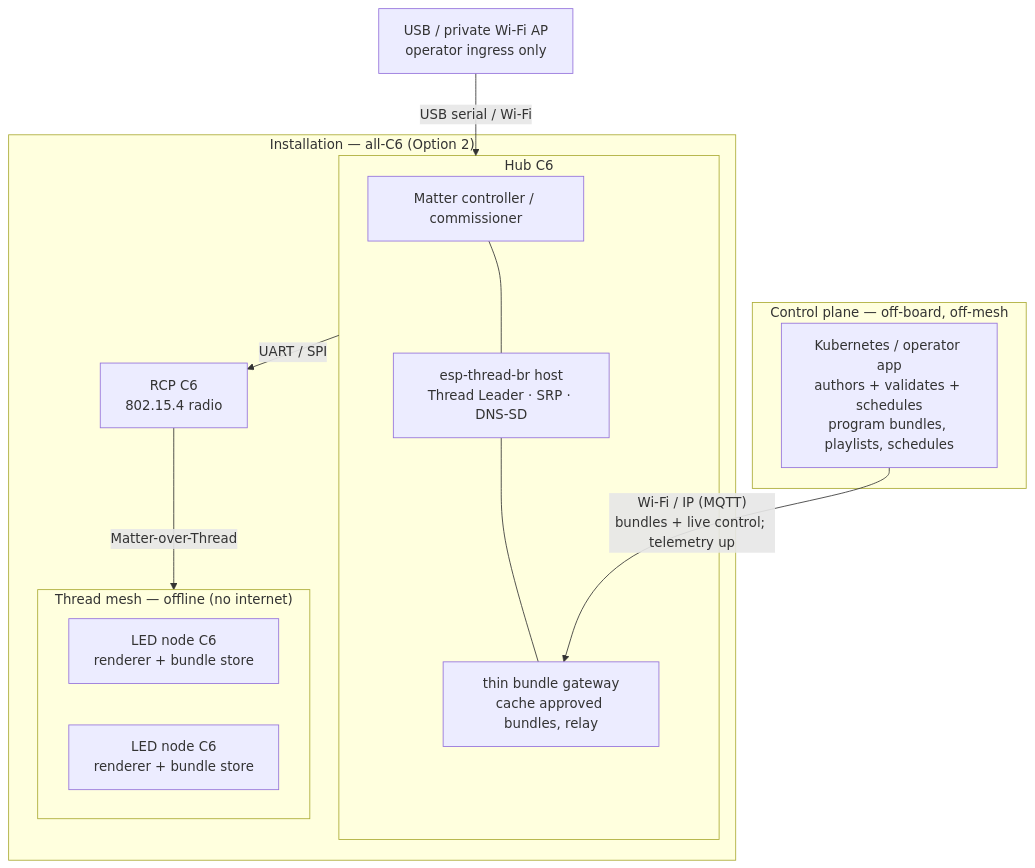
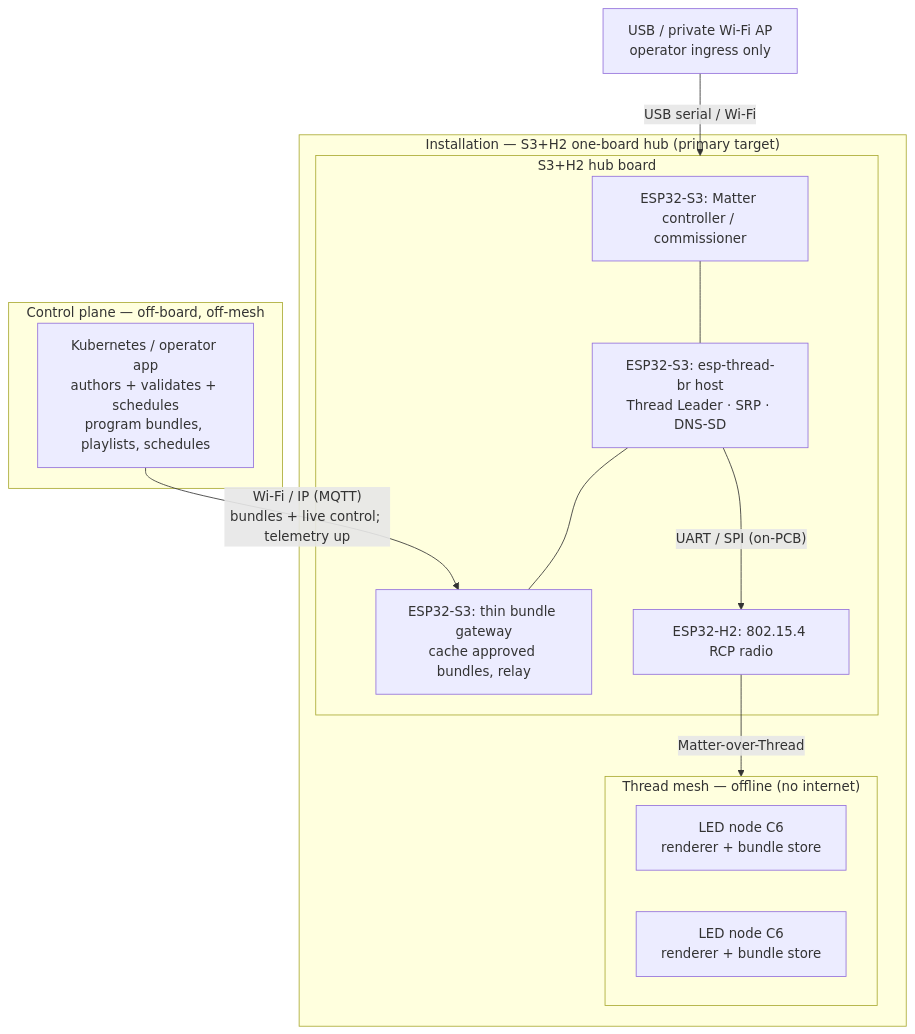
Before and after one commit to yaminsadik/led-orchestra: the diagram in docs/architecture.md, drawn with Mermaid. The commit also changed other lines of this file and 24 other files, not shown here.

````diff
--- a/docs/architecture.md
+++ b/docs/architecture.md
@@ -100,28 +105,28 @@
 ```mermaid
 flowchart TB
     subgraph cp["Control plane — off-board, off-mesh"]
         k8s["Kubernetes / operator app<br/>authors + validates + schedules<br/>program bundles, playlists, schedules"]
     end
 
-    subgraph site["Installation — all-C6 (Option 2)"]
-        subgraph hub["Hub C6"]
-            ctrl["Matter controller / commissioner"]
-            br["esp-thread-br host<br/>Thread Leader · SRP · DNS-SD"]
-            gw["thin bundle gateway<br/>cache approved bundles, relay"]
+    subgraph site["Installation — S3+H2 one-board hub (primary target)"]
+        subgraph hub["S3+H2 hub board"]
+            ctrl["ESP32-S3: Matter controller / commissioner"]
+            br["ESP32-S3: esp-thread-br host<br/>Thread Leader · SRP · DNS-SD"]
+            gw["ESP32-S3: thin bundle gateway<br/>cache approved bundles, relay"]
+            rcp["ESP32-H2: 802.15.4 RCP radio"]
         end
-        rcp["RCP C6<br/>802.15.4 radio"]
 
         subgraph mesh["Thread mesh — offline (no internet)"]
             led1["LED node C6<br/>renderer + bundle store"]
             led2["LED node C6<br/>renderer + bundle store"]
         end
     end
 
     laptop["USB / private Wi-Fi AP<br/>operator ingress only"]
 
     k8s -- "Wi-Fi / IP (MQTT)<br/>bundles + live control; telemetry up" --> gw
     laptop -- "USB serial / Wi-Fi" --> hub
-    hub -- "UART / SPI" --> rcp
+    br -- "UART / SPI (on-PCB)" --> rcp
     rcp -- "Matter-over-Thread" --> mesh
     ctrl --- br --- gw
 ```
````
